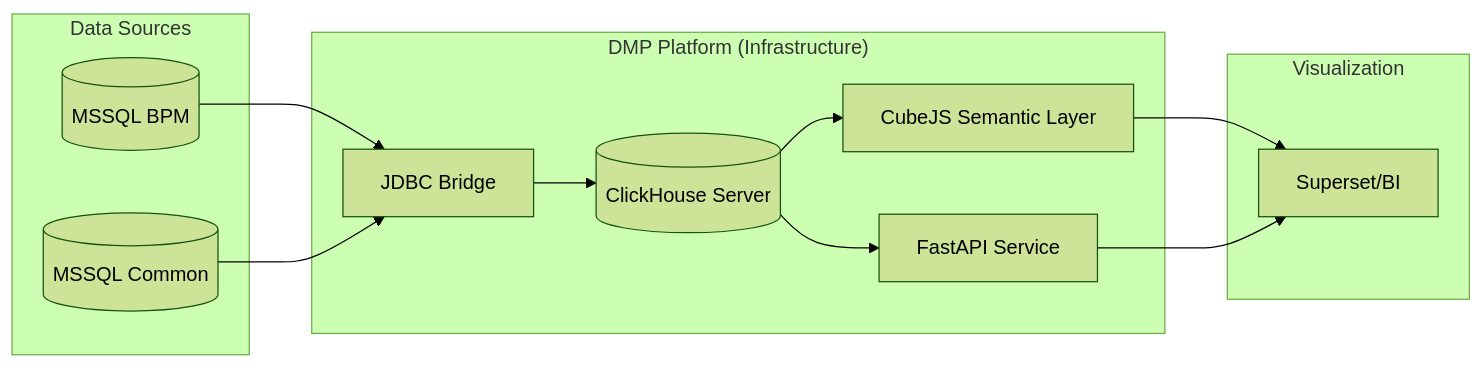
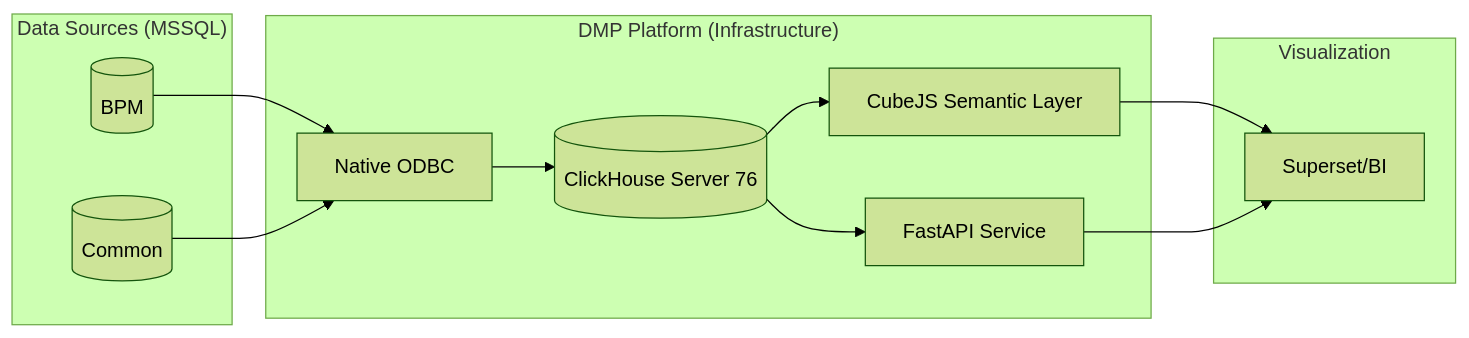
Before and after one commit to Han-lai/dmp_flowable_etl: the first of 2 diagrams in docs/DMP_Flowable_Technical_Documentation.md, drawn with Mermaid (forest theme). The commit also changed other lines of this file and 16 other files, not shown here.

First line of the commit message:
docs: refactor documentation architecture to support ODBC modernization and JDBC archival

````diff
--- a/docs/DMP_Flowable_Technical_Documentation.md
+++ b/docs/DMP_Flowable_Technical_Documentation.md
@@ -15,23 +15,23 @@
 ```mermaid
 graph LR
-    subgraph "Data Sources"
-        DB1[(MSSQL BPM)]
-        DB2[(MSSQL Common)]
+    subgraph "Data Sources (MSSQL)"
+        DB1[(BPM)]
+        DB2[(Common)]
     end
 
     subgraph "DMP Platform (Infrastructure)"
-        Bridge[JDBC Bridge]
-        CH[(ClickHouse Server)]
+        Bridge[Native ODBC]
+        CH[(ClickHouse Server 76)]
         Cube[CubeJS Semantic Layer]
         API[FastAPI Service]
     end
 
     subgraph "Visualization"
         Dashboard[Superset/BI]
     end
 
     DB1 & DB2 --> Bridge
     Bridge --> CH
     CH --> Cube & API
     Cube & API --> Dashboard
 ```
````
